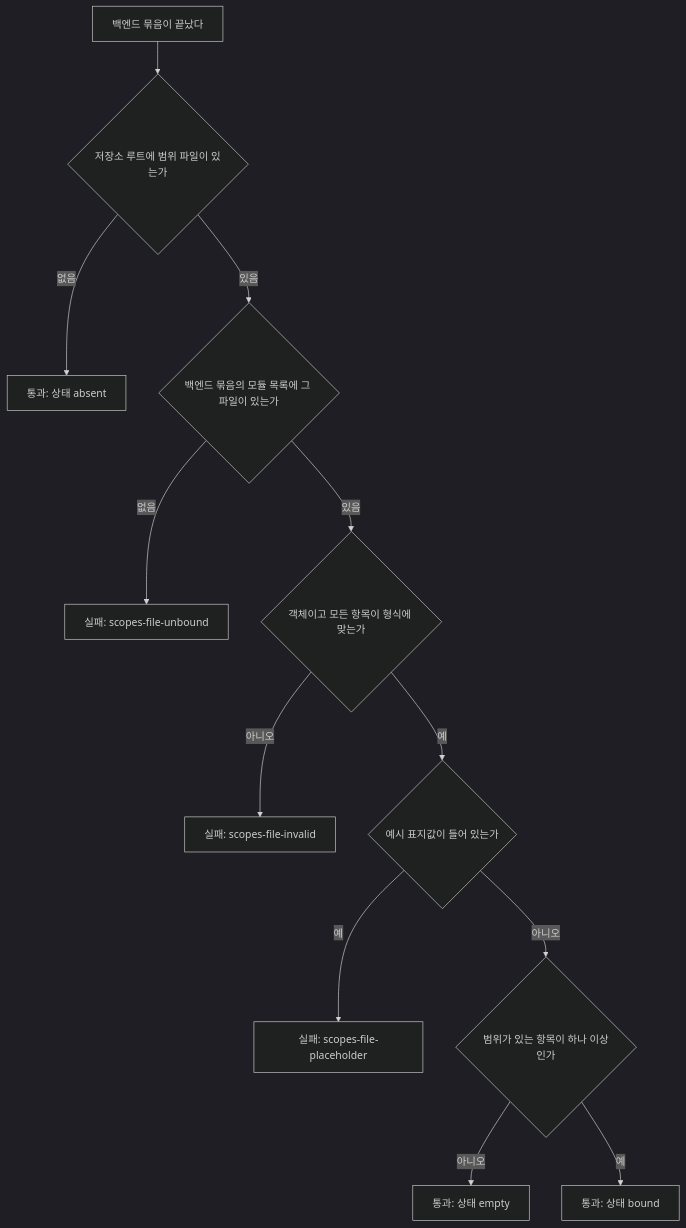
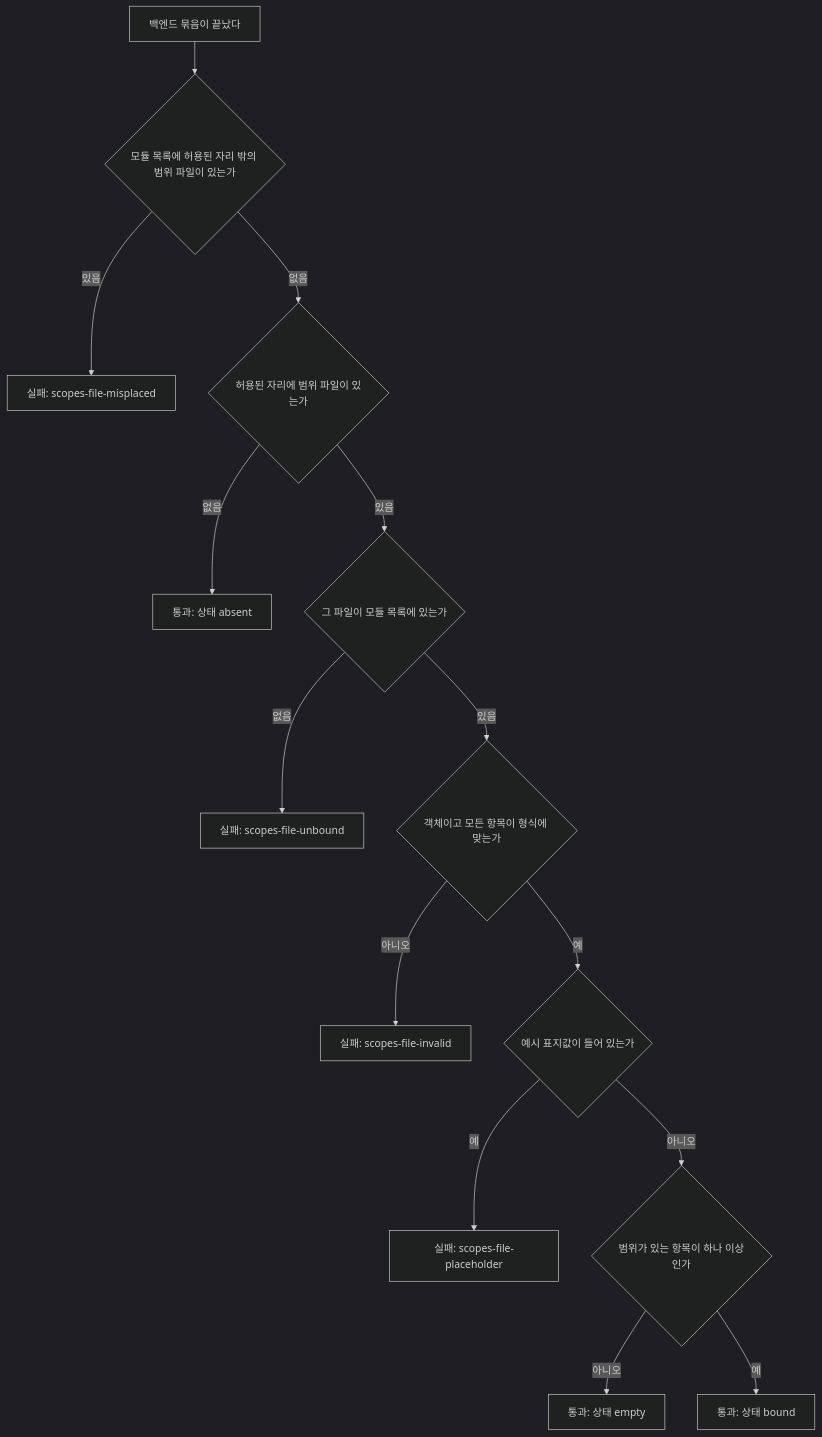
Before and after one commit to nohdol97/PKI: the diagram in docs/specs/2026-11-22-I07-installed-scopes-file.md, drawn with Mermaid (dark theme). The commit also changed other lines of this file, not shown here.

````diff
--- a/docs/specs/2026-11-22-I07-installed-scopes-file.md
+++ b/docs/specs/2026-11-22-I07-installed-scopes-file.md
@@ -178,14 +190,16 @@
 ```mermaid
 flowchart TD
-  START["백엔드 묶음이 끝났다"] --> Q1{"저장소 루트에 범위 파일이 있는가"}
+  START["백엔드 묶음이 끝났다"] --> Q0{"모듈 목록에 허용된 자리 밖의 범위 파일이 있는가"}
+  Q0 -->|"있음"| F0["실패: scopes-file-misplaced"]
+  Q0 -->|"없음"| Q1{"허용된 자리에 범위 파일이 있는가"}
   Q1 -->|"없음"| ABSENT["통과: 상태 absent"]
-  Q1 -->|"있음"| Q2{"백엔드 묶음의 모듈 목록에 그 파일이 있는가"}
+  Q1 -->|"있음"| Q2{"그 파일이 모듈 목록에 있는가"}
   Q2 -->|"없음"| F1["실패: scopes-file-unbound"]
   Q2 -->|"있음"| Q3{"객체이고 모든 항목이 형식에 맞는가"}
   Q3 -->|"아니오"| F2["실패: scopes-file-invalid"]
   Q3 -->|"예"| Q4{"예시 표지값이 들어 있는가"}
   Q4 -->|"예"| F3["실패: scopes-file-placeholder"]
   Q4 -->|"아니오"| Q5{"범위가 있는 항목이 하나 이상인가"}
   Q5 -->|"아니오"| EMPTY["통과: 상태 empty"]
   Q5 -->|"예"| BOUND["통과: 상태 bound"]
 ```
````
